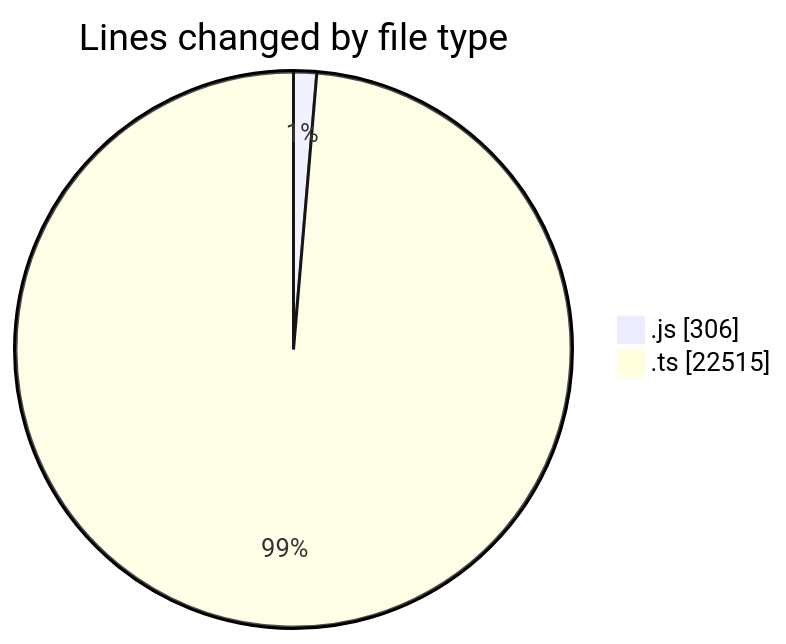
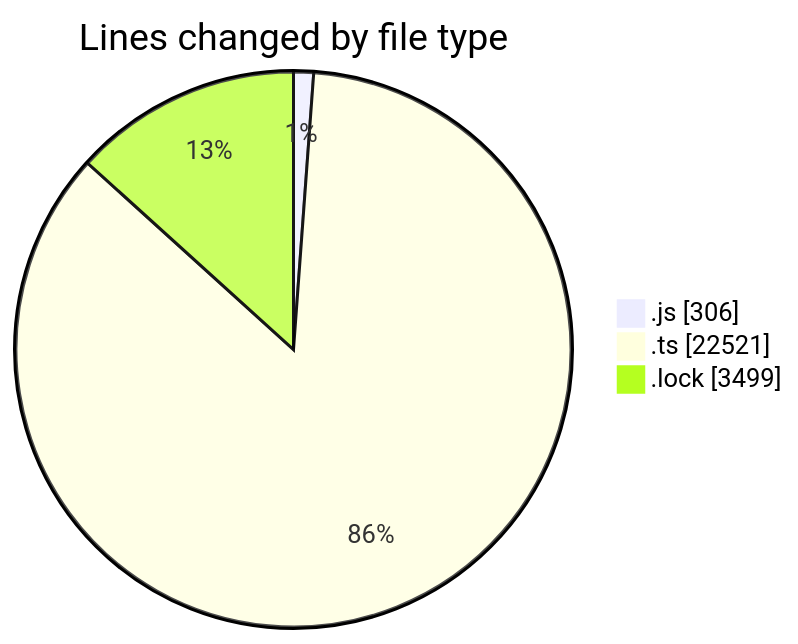
Before and after one commit to momahboobian/code-tracking: the first of 2 diagrams in 2025-05-27/cda/README.md, drawn with Mermaid. The commit also changed other lines of this file and 1 other file, not shown here.

````diff
--- a/2025-05-27/cda/README.md
+++ b/2025-05-27/cda/README.md
@@ -27,6 +28,7 @@
 ```mermaid
 pie showData
 title Lines changed by file type
 ".js" : 306
-".ts" : 22515
+".ts" : 22521
+".lock" : 3499
 ```
````
